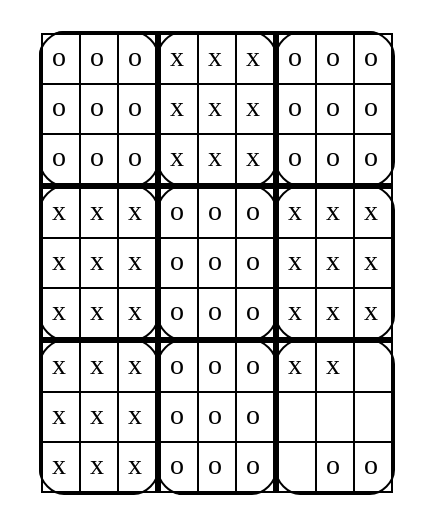
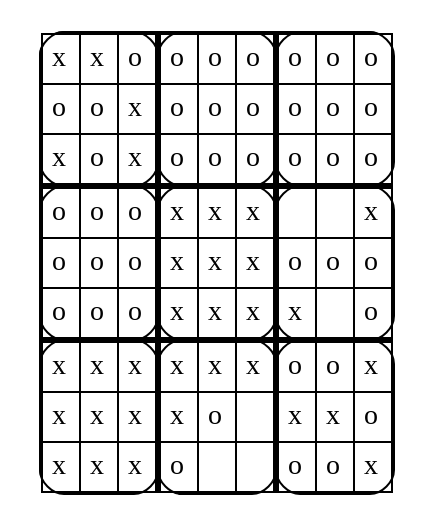
The diagram in output.dot (JetMagpie/FilRouge_Super_Morpion), drawn with Graphviz before and after one commit. The commit also changed 5 other files, not shown here.

```diff
--- a/output.dot
+++ b/output.dot
@@ -1,175 +1,175 @@
 digraph super_morpion {
   node [shape=none];
   a0 [label=<
   <TABLE border="0" cellspacing="0" cellpadding="0" style="rounded" bgcolor="black">
+    <TR>
+      <TD><TABLE border="1" cellspacing="0" cellpadding="4" style="rounded" bgcolor="white">
+  <TR>
+<TD bgcolor="white">x</TD>
+<TD bgcolor="white">x</TD>
+<TD bgcolor="white">o</TD>
+  </TR>
+  <TR>
+<TD bgcolor="white">o</TD>
+<TD bgcolor="white">o</TD>
+<TD bgcolor="white">x</TD>
+  </TR>
+  <TR>
+<TD bgcolor="white">x</TD>
+<TD bgcolor="white">o</TD>
+<TD bgcolor="white">x</TD>
+  </TR>
+</TABLE>
+</TD>
+      <TD><TABLE border="1" cellspacing="0" cellpadding="4" style="rounded" bgcolor="white">
+  <TR>
+<TD bgcolor="white">o</TD>
+<TD bgcolor="white">o</TD>
+<TD bgcolor="white">o</TD>
+  </TR>
+  <TR>
+<TD bgcolor="white">o</TD>
+<TD bgcolor="white">o</TD>
+<TD bgcolor="white">o</TD>
+  </TR>
+  <TR>
+<TD bgcolor="white">o</TD>
+<TD bgcolor="white">o</TD>
+<TD bgcolor="white">o</TD>
+  </TR>
+</TABLE>
+</TD>
+      <TD><TABLE border="1" cellspacing="0" cellpadding="4" style="rounded" bgcolor="white">
+  <TR>
+<TD bgcolor="white">o</TD>
+<TD bgcolor="white">o</TD>
+<TD bgcolor="white">o</TD>
+  </TR>
+  <TR>
+<TD bgcolor="white">o</TD>
+<TD bgcolor="white">o</TD>
+<TD bgcolor="white">o</TD>
+  </TR>
+  <TR>
+<TD bgcolor="white">o</TD>
+<TD bgcolor="white">o</TD>
+<TD bgcolor="white">o</TD>
+  </TR>
+</TABLE>
+</TD>
+    </TR>
     <TR>
       <TD><TABLE border="1" cellspacing="0" cellpadding="4" style="rounded" bgcolor="white">
   <TR>
 <TD bgcolor="white">o</TD>
 <TD bgcolor="white">o</TD>
 <TD bgcolor="white">o</TD>
   </TR>
   <TR>
 <TD bgcolor="white">o</TD>
 <TD bgcolor="white">o</TD>
 <TD bgcolor="white">o</TD>
   </TR>
   <TR>
 <TD bgcolor="white">o</TD>
 <TD bgcolor="white">o</TD>
 <TD bgcolor="white">o</TD>
   </TR>
 </TABLE>
 </TD>
       <TD><TABLE border="1" cellspacing="0" cellpadding="4" style="rounded" bgcolor="white">
   <TR>
 <TD bgcolor="white">x</TD>
 <TD bgcolor="white">x</TD>
 <TD bgcolor="white">x</TD>
   </TR>
   <TR>
 <TD bgcolor="white">x</TD>
 <TD bgcolor="white">x</TD>
 <TD bgcolor="white">x</TD>
   </TR>
   <TR>
 <TD bgcolor="white">x</TD>
 <TD bgcolor="white">x</TD>
 <TD bgcolor="white">x</TD>
   </TR>
 </TABLE>
 </TD>
       <TD><TABLE border="1" cellspacing="0" cellpadding="4" style="rounded" bgcolor="white">
   <TR>
-<TD bgcolor="white">o</TD>
-<TD bgcolor="white">o</TD>
-<TD bgcolor="white">o</TD>
+<TD bgcolor="white"> </TD>
+<TD bgcolor="white"> </TD>
+<TD bgcolor="white">x</TD>
   </TR>
   <TR>
 <TD bgcolor="white">o</TD>
 <TD bgcolor="white">o</TD>
 <TD bgcolor="white">o</TD>
   </TR>
   <TR>
-<TD bgcolor="white">o</TD>
-<TD bgcolor="white">o</TD>
+<TD bgcolor="white">x</TD>
+<TD bgcolor="white"> </TD>
 <TD bgcolor="white">o</TD>
   </TR>
 </TABLE>
 </TD>
     </TR>
     <TR>
       <TD><TABLE border="1" cellspacing="0" cellpadding="4" style="rounded" bgcolor="white">
   <TR>
 <TD bgcolor="white">x</TD>
 <TD bgcolor="white">x</TD>
 <TD bgcolor="white">x</TD>
   </TR>
   <TR>
 <TD bgcolor="white">x</TD>
 <TD bgcolor="white">x</TD>
 <TD bgcolor="white">x</TD>
   </TR>
   <TR>
 <TD bgcolor="white">x</TD>
 <TD bgcolor="white">x</TD>
 <TD bgcolor="white">x</TD>
   </TR>
 </TABLE>
 </TD>
       <TD><TABLE border="1" cellspacing="0" cellpadding="4" style="rounded" bgcolor="white">
   <TR>
-<TD bgcolor="white">o</TD>
-<TD bgcolor="white">o</TD>
-<TD bgcolor="white">o</TD>
-  </TR>
-  <TR>
-<TD bgcolor="white">o</TD>
-<TD bgcolor="white">o</TD>
-<TD bgcolor="white">o</TD>
-  </TR>
-  <TR>
-<TD bgcolor="white">o</TD>
-<TD bgcolor="white">o</TD>
-<TD bgcolor="white">o</TD>
-  </TR>
-</TABLE>
-</TD>
-      <TD><TABLE border="1" cellspacing="0" cellpadding="4" style="rounded" bgcolor="white">
-  <TR>
 <TD bgcolor="white">x</TD>
 <TD bgcolor="white">x</TD>
 <TD bgcolor="white">x</TD>
   </TR>
   <TR>
 <TD bgcolor="white">x</TD>
-<TD bgcolor="white">x</TD>
-<TD bgcolor="white">x</TD>
+<TD bgcolor="white">o</TD>
+<TD bgcolor="white"> </TD>
   </TR>
   <TR>
-<TD bgcolor="white">x</TD>
-<TD bgcolor="white">x</TD>
-<TD bgcolor="white">x</TD>
-  </TR>
-</TABLE>
-</TD>
-    </TR>
-    <TR>
-      <TD><TABLE border="1" cellspacing="0" cellpadding="4" style="rounded" bgcolor="white">
-  <TR>
-<TD bgcolor="white">x</TD>
-<TD bgcolor="white">x</TD>
-<TD bgcolor="white">x</TD>
-  </TR>
-  <TR>
-<TD bgcolor="white">x</TD>
-<TD bgcolor="white">x</TD>
-<TD bgcolor="white">x</TD>
-  </TR>
-  <TR>
-<TD bgcolor="white">x</TD>
-<TD bgcolor="white">x</TD>
-<TD bgcolor="white">x</TD>
+<TD bgcolor="white">o</TD>
+<TD bgcolor="white"> </TD>
+<TD bgcolor="white"> </TD>
   </TR>
 </TABLE>
 </TD>
       <TD><TABLE border="1" cellspacing="0" cellpadding="4" style="rounded" bgcolor="white">
   <TR>
 <TD bgcolor="white">o</TD>
 <TD bgcolor="white">o</TD>
+<TD bgcolor="white">x</TD>
+  </TR>
+  <TR>
+<TD bgcolor="white">x</TD>
+<TD bgcolor="white">x</TD>
 <TD bgcolor="white">o</TD>
   </TR>
   <TR>
 <TD bgcolor="white">o</TD>
 <TD bgcolor="white">o</TD>
-<TD bgcolor="white">o</TD>
-  </TR>
-  <TR>
-<TD bgcolor="white">o</TD>
-<TD bgcolor="white">o</TD>
-<TD bgcolor="white">o</TD>
-  </TR>
-</TABLE>
-</TD>
-      <TD><TABLE border="1" cellspacing="0" cellpadding="4" style="rounded" bgcolor="white">
-  <TR>
 <TD bgcolor="white">x</TD>
-<TD bgcolor="white">x</TD>
-<TD bgcolor="white"> </TD>
-  </TR>
-  <TR>
-<TD bgcolor="white"> </TD>
-<TD bgcolor="white"> </TD>
-<TD bgcolor="white"> </TD>
-  </TR>
-  <TR>
-<TD bgcolor="white"> </TD>
-<TD bgcolor="white">o</TD>
-<TD bgcolor="white">o</TD>
   </TR>
 </TABLE>
 </TD>
     </TR>
   </TABLE>
   >];
 }
```
